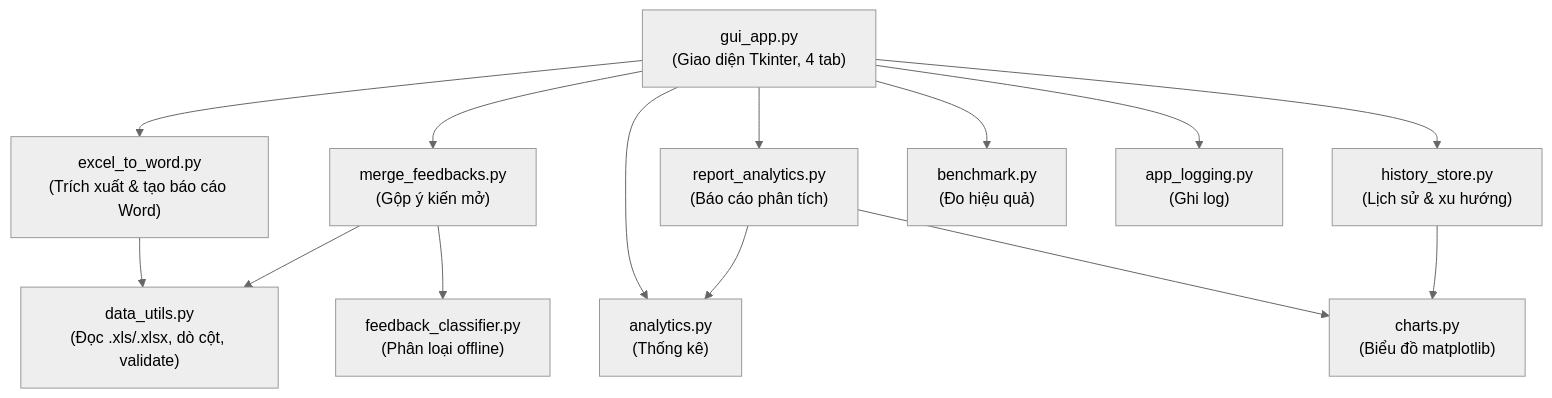
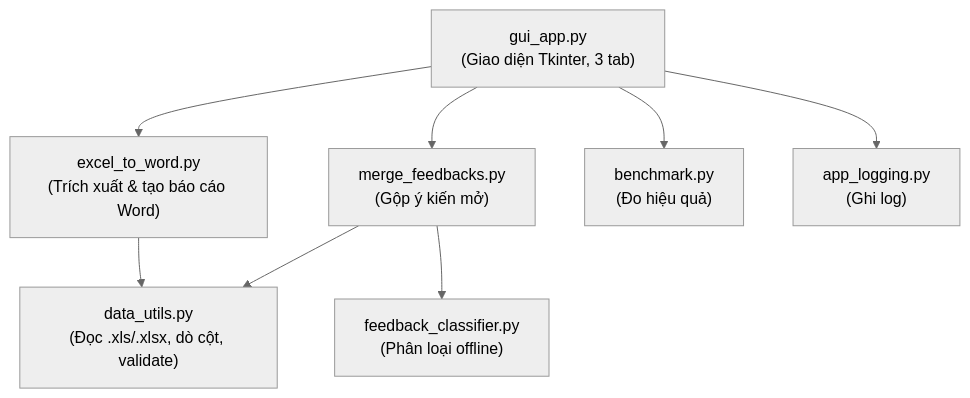
Before and after one commit to dqphong0302/dbcl_tonghop: the diagram in README.md, drawn with Mermaid (neutral theme). The commit also changed other lines of this file and 21 other files, not shown here.

````diff
--- a/README.md
+++ b/README.md
@@ -23,28 +21,18 @@
 ```mermaid
 flowchart TD
-    GUI["gui_app.py<br/>(Giao diện Tkinter, 4 tab)"]
+    GUI["gui_app.py<br/>(Giao diện Tkinter, 3 tab)"]
     E2W["excel_to_word.py<br/>(Trích xuất & tạo báo cáo Word)"]
     MF["merge_feedbacks.py<br/>(Gộp ý kiến mở)"]
     DU["data_utils.py<br/>(Đọc .xls/.xlsx, dò cột, validate)"]
-    AN["analytics.py<br/>(Thống kê)"]
-    CH["charts.py<br/>(Biểu đồ matplotlib)"]
-    RA["report_analytics.py<br/>(Báo cáo phân tích)"]
     FC["feedback_classifier.py<br/>(Phân loại offline)"]
-    HS["history_store.py<br/>(Lịch sử & xu hướng)"]
     BM["benchmark.py<br/>(Đo hiệu quả)"]
     LOG["app_logging.py<br/>(Ghi log)"]
 
     GUI --> E2W
     GUI --> MF
-    GUI --> AN
-    GUI --> RA
-    GUI --> HS
     GUI --> BM
     E2W --> DU
     MF --> DU
     MF --> FC
-    RA --> AN
-    RA --> CH
-    HS --> CH
     GUI --> LOG
 ```
````
